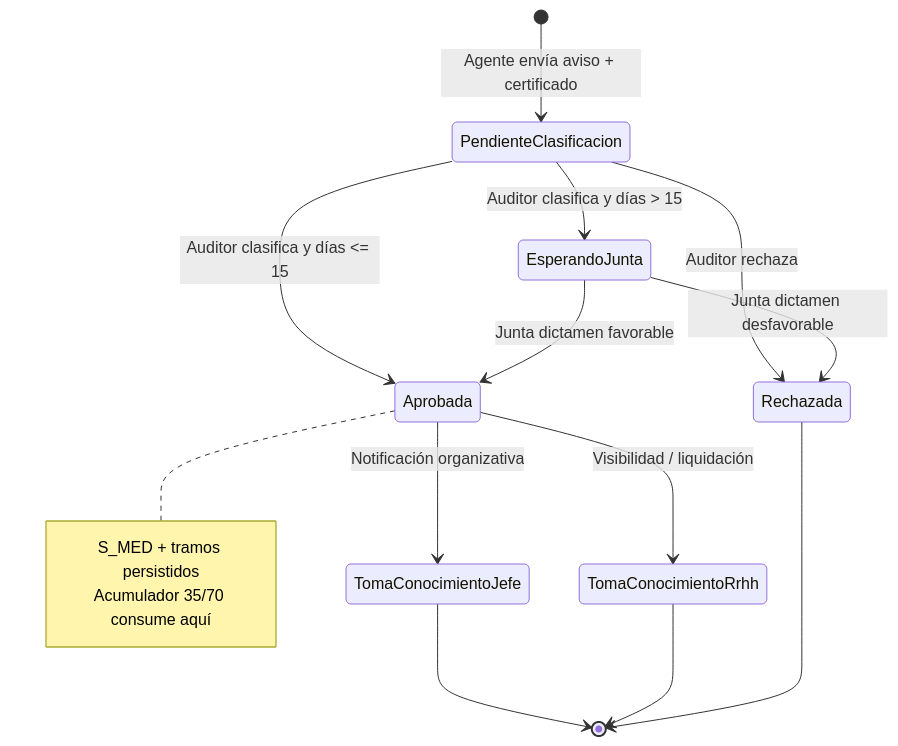
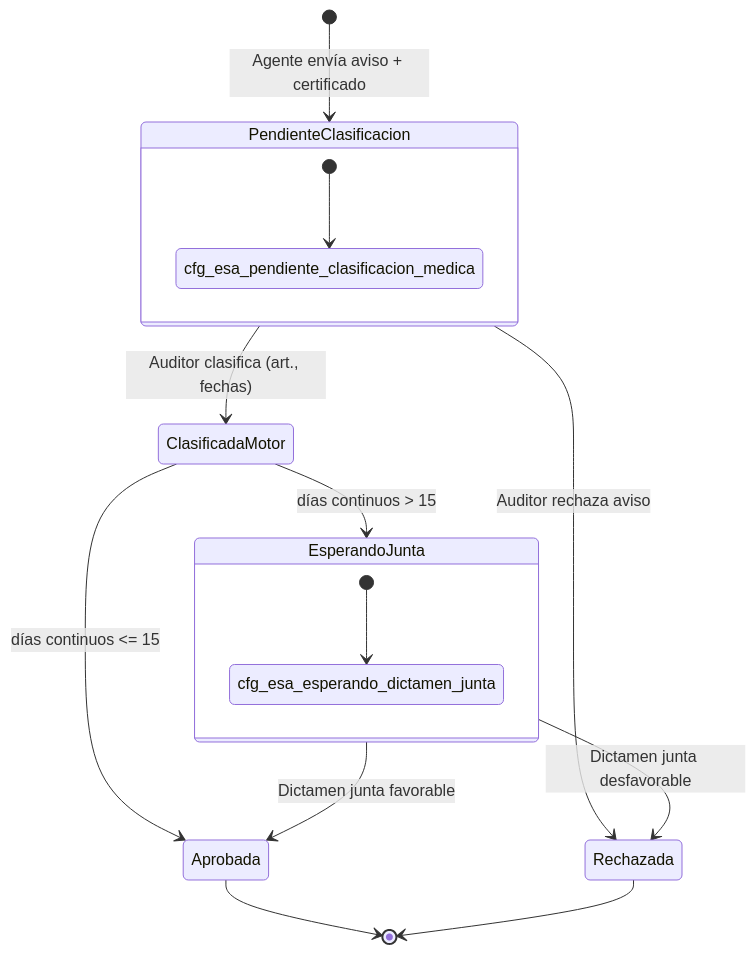
Before and after one commit to jorgemosto1981/portal-hospital-v2: the diagram in docs/v2/RFC_TICKETERA_SLICE_MEDICO_CAJA_NEGRA_V2.md, drawn with Mermaid. The commit also changed other lines of this file and 9 other files, not shown here.

````diff
--- a/docs/v2/RFC_TICKETERA_SLICE_MEDICO_CAJA_NEGRA_V2.md
+++ b/docs/v2/RFC_TICKETERA_SLICE_MEDICO_CAJA_NEGRA_V2.md
@@ -115,20 +116,20 @@
 ```mermaid
 stateDiagram-v2
   direction TB
   [*] --> PendienteClasificacion: Agente envía aviso + certificado
-  PendienteClasificacion --> Rechazada: Auditor rechaza
-  PendienteClasificacion --> Aprobada: Auditor clasifica y días <= 15
-  PendienteClasificacion --> EsperandoJunta: Auditor clasifica y días > 15
-  EsperandoJunta --> Rechazada: Junta dictamen desfavorable
-  EsperandoJunta --> Aprobada: Junta dictamen favorable
-  Aprobada --> TomaConocimientoJefe: Notificación organizativa
-  Aprobada --> TomaConocimientoRrhh: Visibilidad / liquidación
-  TomaConocimientoJefe --> [*]
-  TomaConocimientoRrhh --> [*]
+  PendienteClasificacion --> Rechazada: Auditor rechaza aviso
+  PendienteClasificacion --> ClasificadaMotor: Auditor clasifica (art., fechas)
+  ClasificadaMotor --> EsperandoJunta: días continuos > 15
+  ClasificadaMotor --> Aprobada: días continuos <= 15
+  EsperandoJunta --> Rechazada: Dictamen junta desfavorable
+  EsperandoJunta --> Aprobada: Dictamen junta favorable
+  Aprobada --> [*]
   Rechazada --> [*]
 
-  note right of Aprobada
-    S_MED + tramos persistidos
-    Acumulador 35/70 consume aquí
-  end note
+  state PendienteClasificacion {
+    [*] --> cfg_esa_pendiente_clasificacion_medica
+  }
+  state EsperandoJunta {
+    [*] --> cfg_esa_esperando_dictamen_junta
+  }
 ```
````
